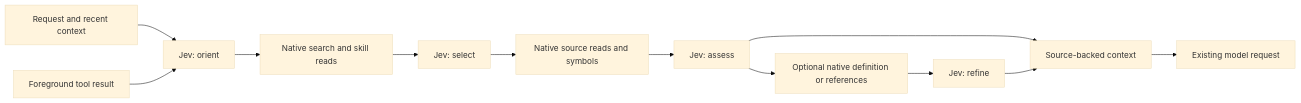
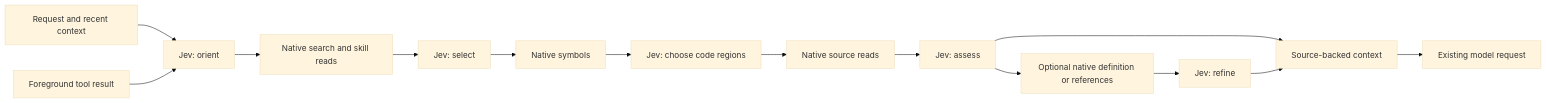
One commit to volt-hq/Volt changed the diagram in packages/coding-agent/examples/extensions/jev-ahead-of-model/README.md. Above: the diagram before and after it, drawn with Mermaid (base theme). The commit also changed other lines of this file and 9 other files, not shown here.

````diff
--- a/packages/coding-agent/examples/extensions/jev-ahead-of-model/README.md
+++ b/packages/coding-agent/examples/extensions/jev-ahead-of-model/README.md
@@ -25,14 +25,16 @@
 ```mermaid
 flowchart LR
     Request[Request and recent context] --> Orient[Jev: orient]
     Orient --> Discover[Native search and skill reads]
     Discover --> Select[Jev: select]
-    Select --> Read[Native source reads and symbols]
+    Select --> Symbols[Native symbols]
+    Symbols --> Focus[Jev: choose code regions]
+    Focus --> Read[Native source reads]
     Read --> Assess[Jev: assess]
     Assess --> Navigate[Optional native definition or references]
     Navigate --> Refine[Jev: refine]
     Assess --> Packet[Source-backed context]
     Refine --> Packet
     Packet --> Boundary[Existing model request]
     Tools[Foreground tool result] --> Orient
 ```
````
